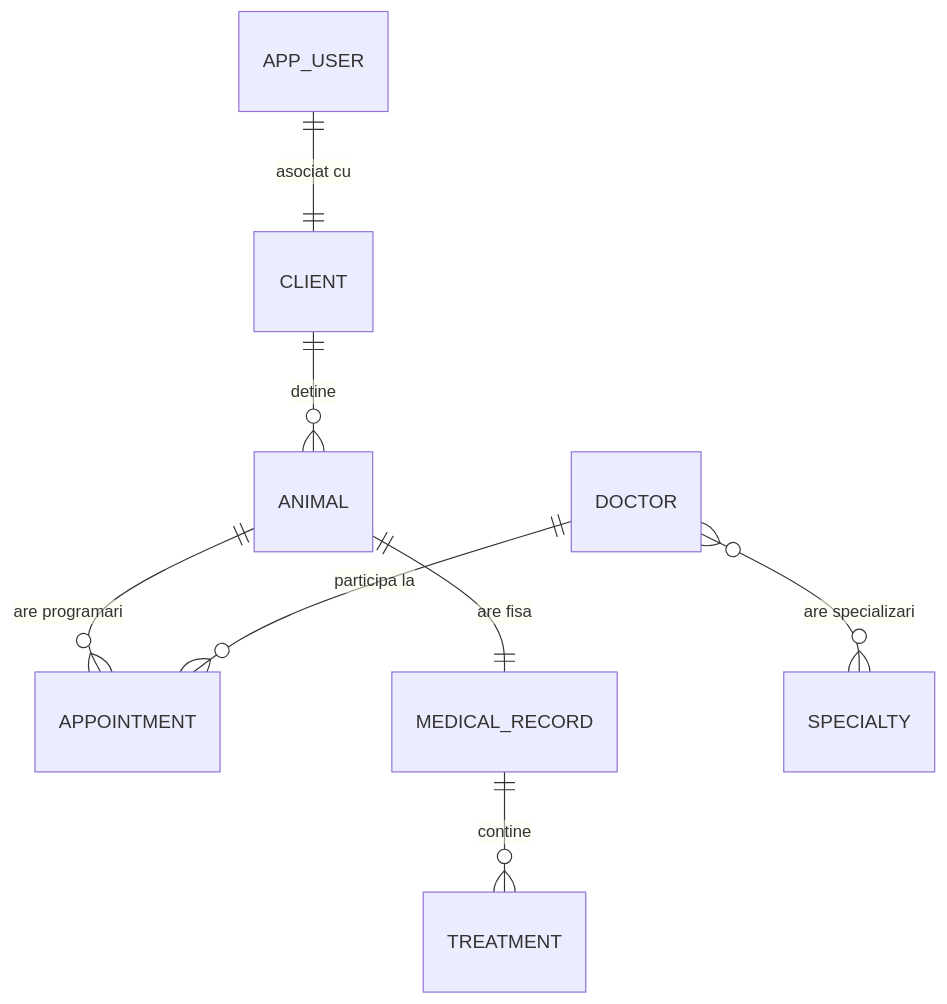
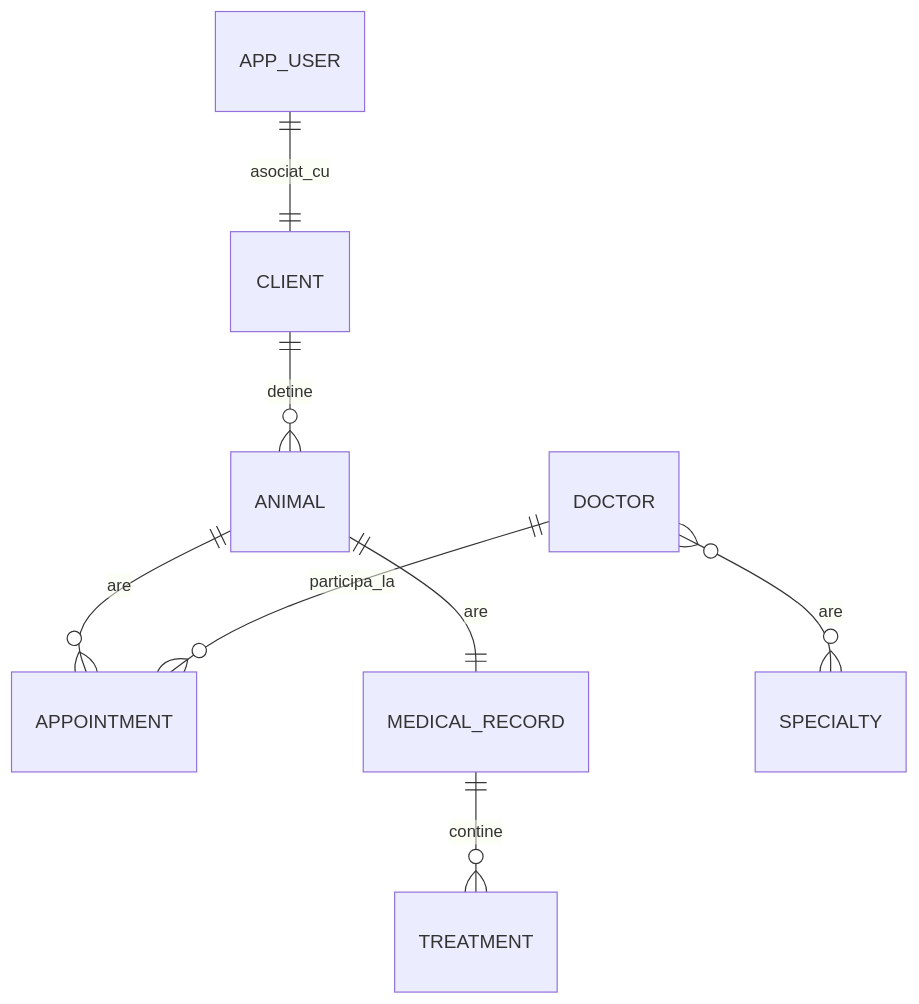
Before and after one commit to antonio-student/vet-clinic: the diagram in README.md, drawn with Mermaid. The commit also changed other lines of this file and 17 other files, not shown here.

````diff
--- a/README.md
+++ b/README.md
@@ -21,10 +35,10 @@
 ```mermaid
 erDiagram
     CLIENT ||--o{ ANIMAL : detine
-    ANIMAL ||--o{ APPOINTMENT : "are programari"
-    DOCTOR ||--o{ APPOINTMENT : "participa la"
-    ANIMAL ||--|| MEDICAL_RECORD : "are fisa"
+    ANIMAL ||--o{ APPOINTMENT : are
+    DOCTOR ||--o{ APPOINTMENT : participa_la
+    ANIMAL ||--|| MEDICAL_RECORD : are
     MEDICAL_RECORD ||--o{ TREATMENT : contine
-    DOCTOR }o--o{ SPECIALTY : "are specializari"
-    APP_USER ||--|| CLIENT : "asociat cu"
+    DOCTOR }o--o{ SPECIALTY : are
+    APP_USER ||--|| CLIENT : asociat_cu
 ```
````
